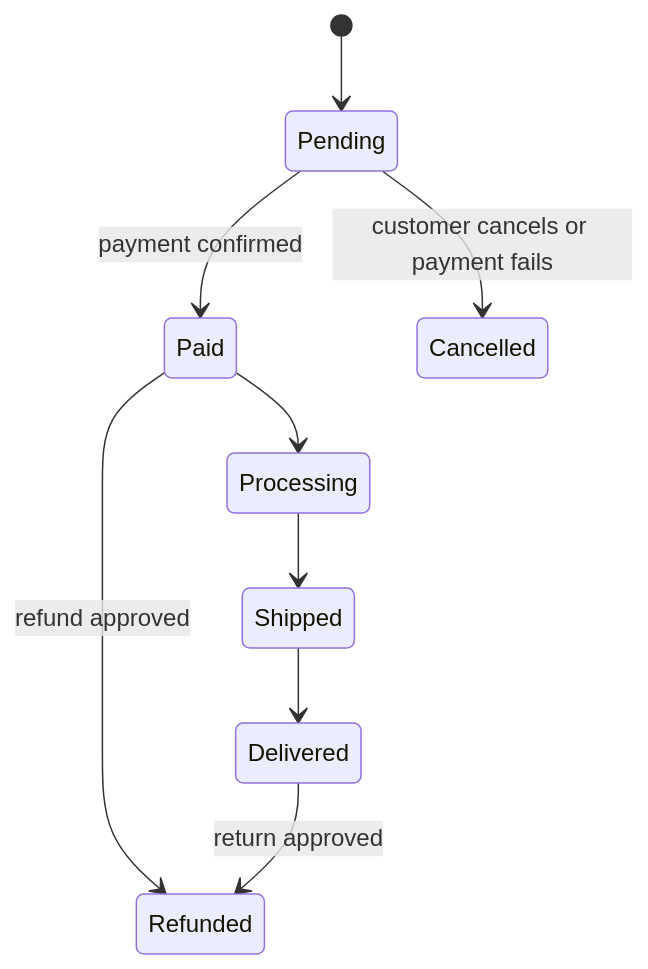
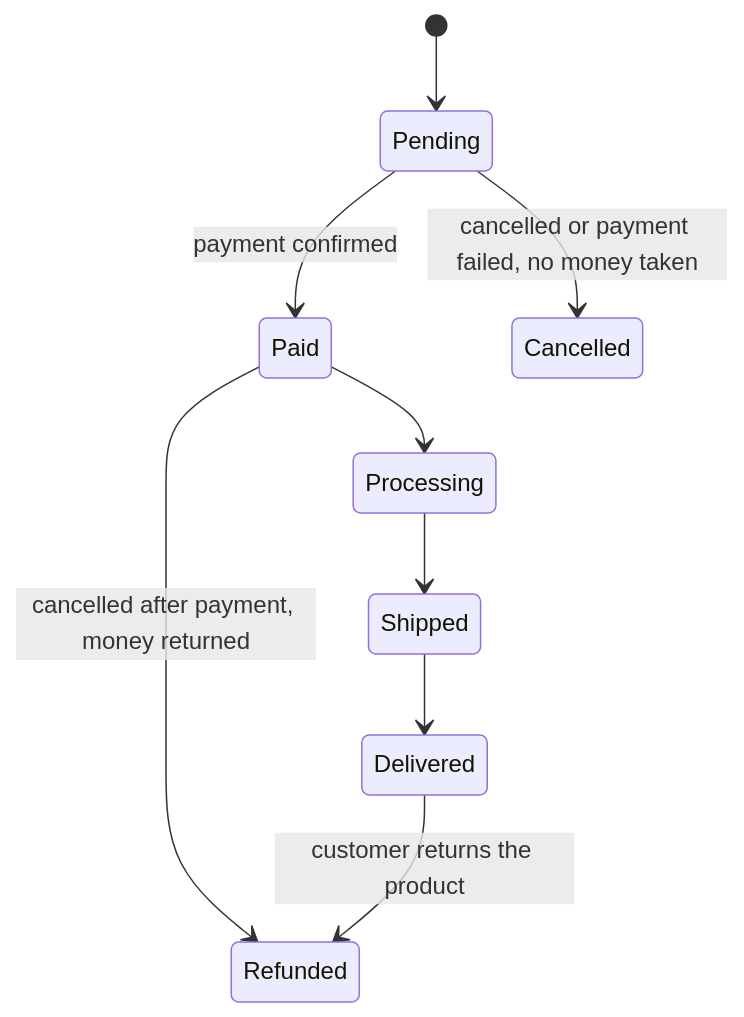
The diagram in ar/Part-02-Business/03-money-and-order-flow.md (Mohamed-Shahata/Beyond-the-Code), drawn with Mermaid before and after one commit. The commit also changed other lines of this file and 14 other files, not shown here.

````diff
--- a/ar/Part-02-Business/03-money-and-order-flow.md
+++ b/ar/Part-02-Business/03-money-and-order-flow.md
@@ -21,11 +21,11 @@
 ```mermaid
 stateDiagram-v2
     [*] --> Pending
     Pending --> Paid: payment confirmed
-    Pending --> Cancelled: customer cancels or payment fails
+    Pending --> Cancelled: cancelled or payment failed, no money taken
     Paid --> Processing
+    Paid --> Refunded: cancelled after payment, money returned
     Processing --> Shipped
     Shipped --> Delivered
-    Paid --> Refunded: refund approved
-    Delivered --> Refunded: return approved
+    Delivered --> Refunded: customer returns the product
 ```
````
